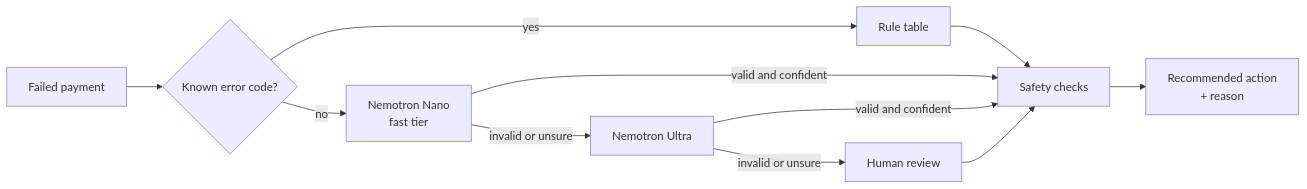
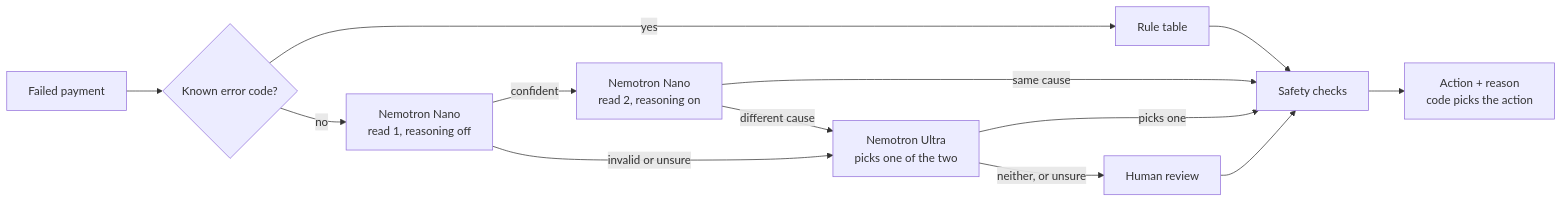
One commit to punar4/ar3 changed the diagram in README.md. Above: the diagram before and after it, drawn with Mermaid. The commit also changed other lines of this file, not shown here.

````diff
--- a/README.md
+++ b/README.md
@@ -84,13 +176,15 @@
 ```mermaid
 flowchart LR
     P[Failed payment] --> R{Known error code?}
     R -- yes --> RT[Rule table]
-    R -- no --> F[Nemotron Nano<br/>fast tier]
-    F -- valid and confident --> S
-    F -- invalid or unsure --> U[Nemotron Ultra]
-    U -- valid and confident --> S
-    U -- invalid or unsure --> H[Human review]
+    R -- no --> F[Nemotron Nano<br/>read 1, reasoning off]
+    F -- confident --> F2[Nemotron Nano<br/>read 2, reasoning on]
+    F2 -- same cause --> S
+    F2 -- different cause --> U[Nemotron Ultra<br/>picks one of the two]
+    F -- invalid or unsure --> U
+    U -- picks one --> S
+    U -- neither, or unsure --> H[Human review]
     RT --> S[Safety checks]
     H --> S
-    S --> D[Recommended action<br/>+ reason]
+    S --> D[Action + reason<br/>code picks the action]
 ```
````
